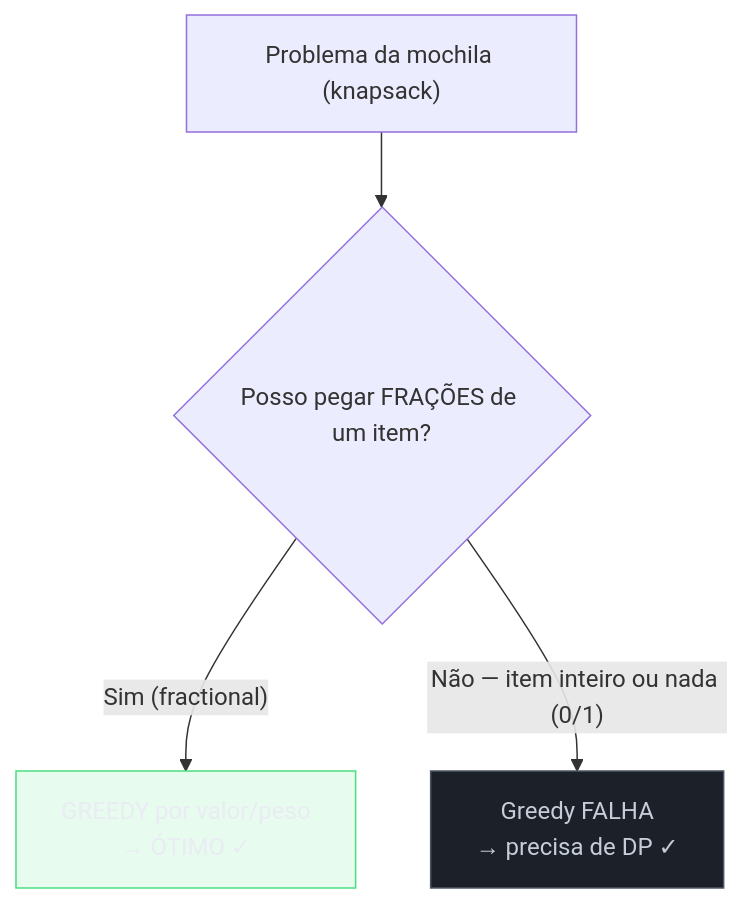
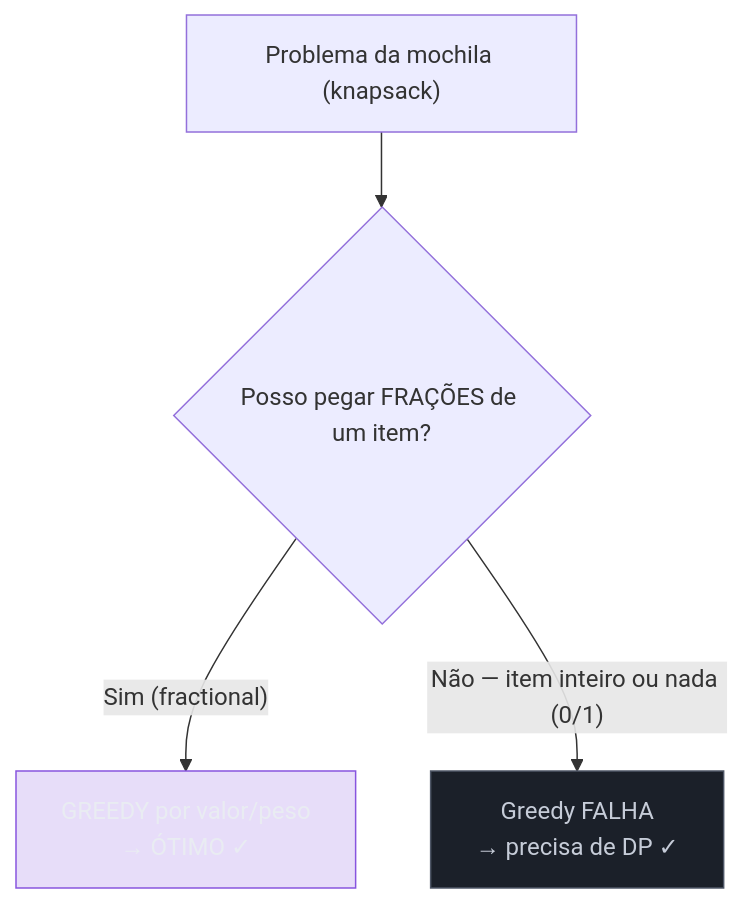
One commit to josenaldo/codex-technomanticus changed the sixth of 6 diagrams in 03-Dominios/Ciência/Algoritmos/11 - Greedy.md. Above: the diagram before and after it, drawn with Mermaid. The commit also changed other lines of this file and 601 other files, not shown here.

````diff
--- a/03-Dominios/Ciência/Algoritmos/11 - Greedy.md
+++ b/03-Dominios/Ciência/Algoritmos/11 - Greedy.md
@@ -309,10 +308,10 @@
 ```mermaid
 flowchart TD
-    classDef ok fill:#4ADE8021,stroke:#4ADE80,color:#E9ECF2
+    classDef marca fill:#8855DF33,stroke:#8855DF,color:#E9ECF2
     classDef neutro fill:#1B2029,stroke:#4E5666,color:#C6CCD8
     Knap["Problema da mochila (knapsack)"] --> Frac{"Posso pegar FRAÇÕES de um item?"}
     Frac -- "Sim (fractional)" --> Greedy["GREEDY por valor/peso<br/>→ ÓTIMO ✓"]
     Frac -- "Não — item inteiro ou nada (0/1)" --> DP["Greedy FALHA<br/>→ precisa de DP ✓"]
-    class Greedy ok
+    class Greedy marca
     class DP neutro
 ```
````
